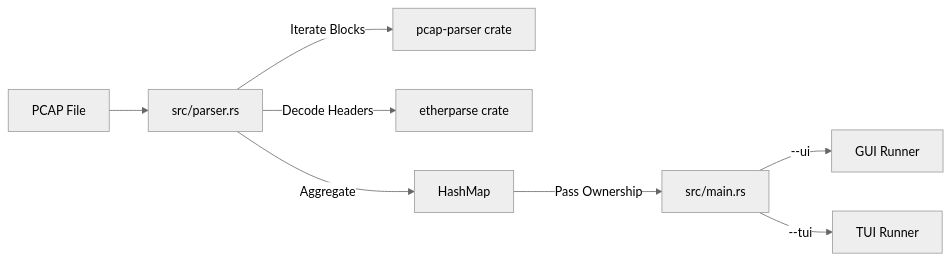
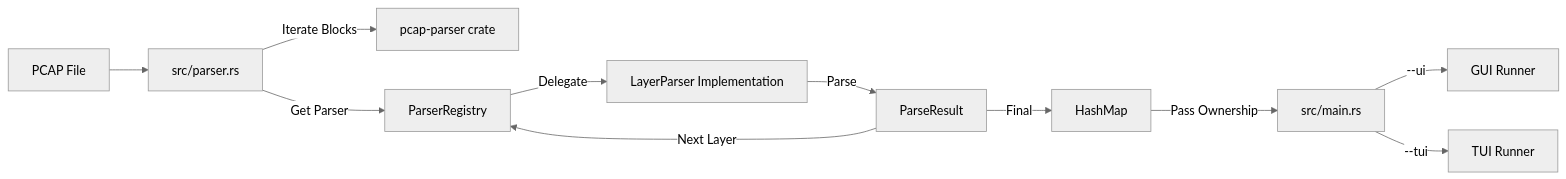
The second of 3 diagrams in architecture.md (ehaughee/wirecrab), drawn with Mermaid (neutral theme) before and after one commit. The commit also changed other lines of this file and 6 other files, not shown here.

Commit message:
maint: Refactor parsing logic to use extensible layered architecture

````diff
--- a/architecture.md
+++ b/architecture.md
@@ -53,10 +66,13 @@
 ```mermaid
 flowchart LR
     PCAP[PCAP File] --> Parser[src/parser.rs]
     Parser -->|Iterate Blocks| PcapParser[pcap-parser crate]
-    Parser -->|Decode Headers| EtherParse[etherparse crate]
-    Parser -->|Aggregate| Flows[HashMap<FlowKey, Flow>]
+    Parser -->|Get Parser| Registry[ParserRegistry]
+    Registry -->|Delegate| Layer[LayerParser Implementation]
+    Layer -->|Parse| Result[ParseResult]
+    Result -->|Next Layer| Registry
+    Result -->|Final| Flows[HashMap<FlowKey, Flow>]
     Flows -->|Pass Ownership| Main[src/main.rs]
     Main -->|--ui| GUI[GUI Runner]
     Main -->|--tui| TUI[TUI Runner]
 ```
````
